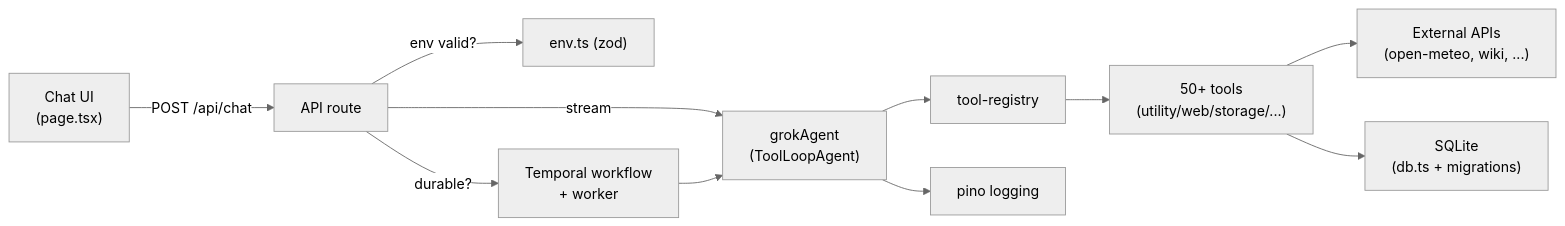
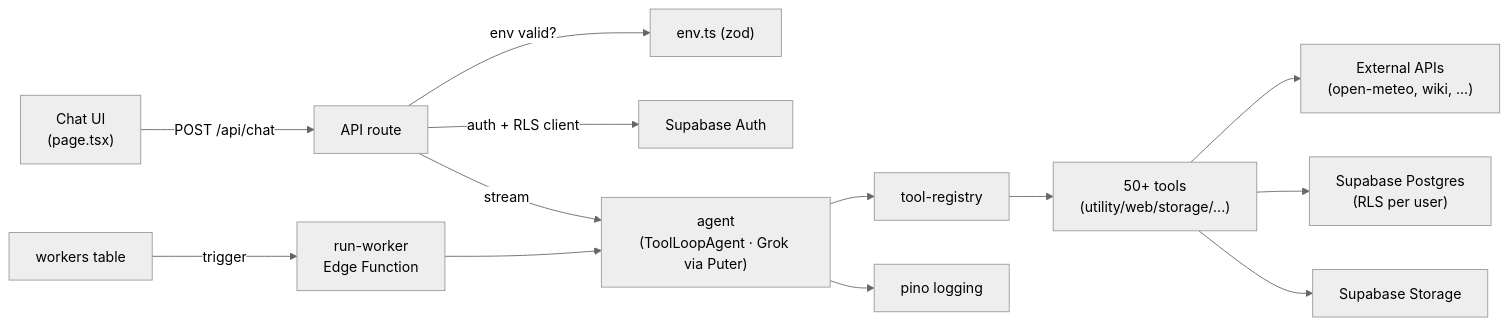
One commit to cloudblurr/brutha changed the diagram in README.md. Above: the diagram before and after it, drawn with Mermaid (neutral theme). The commit also changed other lines of this file and 70 other files, not shown here.

First line of the commit message:
feat: migrate to Supabase (auth, Postgres+RLS, Storage, Edge Function workers)

````diff
--- a/README.md
+++ b/README.md
@@ -185,13 +178,15 @@
 ```mermaid
 flowchart LR
     UI["Chat UI<br/>(page.tsx)"] -->|POST /api/chat| API["API route"]
     API -->|env valid?| ENV["env.ts (zod)"]
-    API -->|durable?| TEMPORAL["Temporal workflow<br/>+ worker"]
-    API -->|stream| AGENT["grokAgent<br/>(ToolLoopAgent)"]
-    TEMPORAL --> AGENT
+    API -->|auth + RLS client| SB["Supabase Auth"]
+    API -->|stream| AGENT["agent<br/>(ToolLoopAgent · Grok via Puter)"]
     AGENT --> REG["tool-registry"]
     REG --> TOOLS["50+ tools<br/>(utility/web/storage/...)"]
     TOOLS --> EXT["External APIs<br/>(open-meteo, wiki, ...)"]
-    TOOLS --> DB["SQLite<br/>(db.ts + migrations)"]
+    TOOLS --> DB["Supabase Postgres<br/>(RLS per user)"]
+    TOOLS --> STORE["Supabase Storage"]
+    WK["workers table"] -->|trigger| EDGE["run-worker<br/>Edge Function"]
+    EDGE --> AGENT
     AGENT --> LOG["pino logging"]
 ```
````
